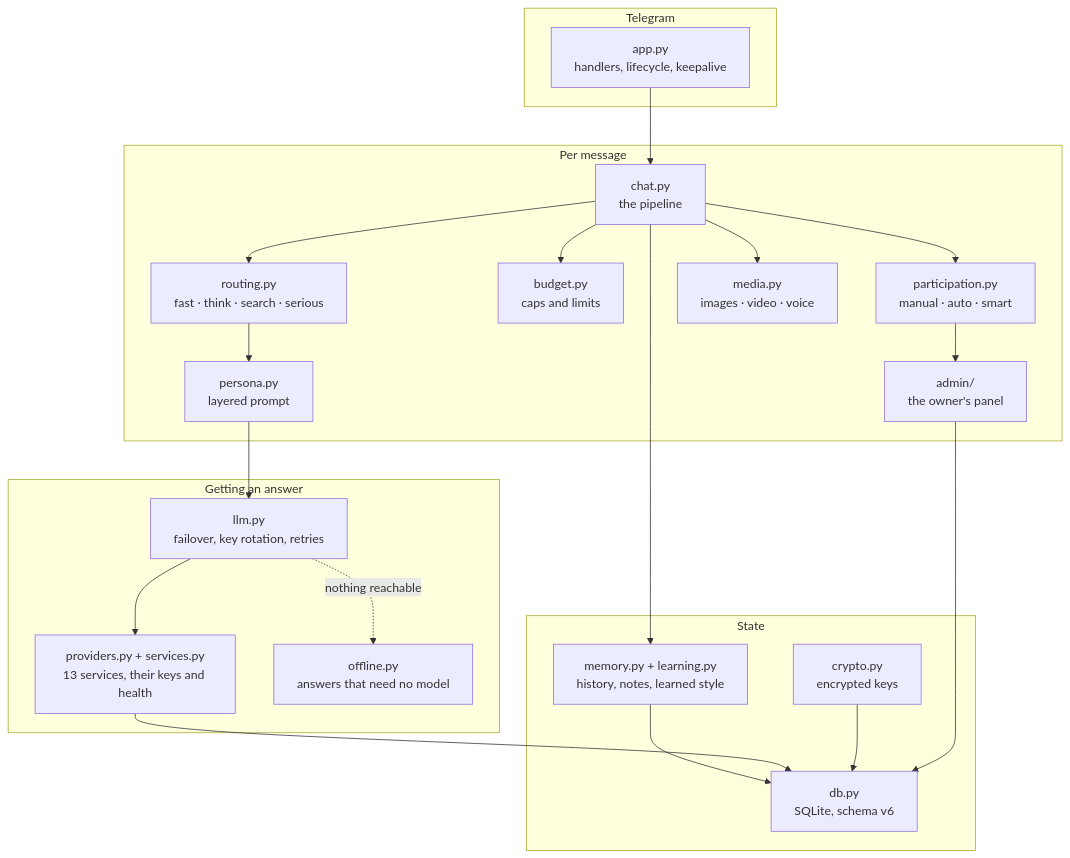
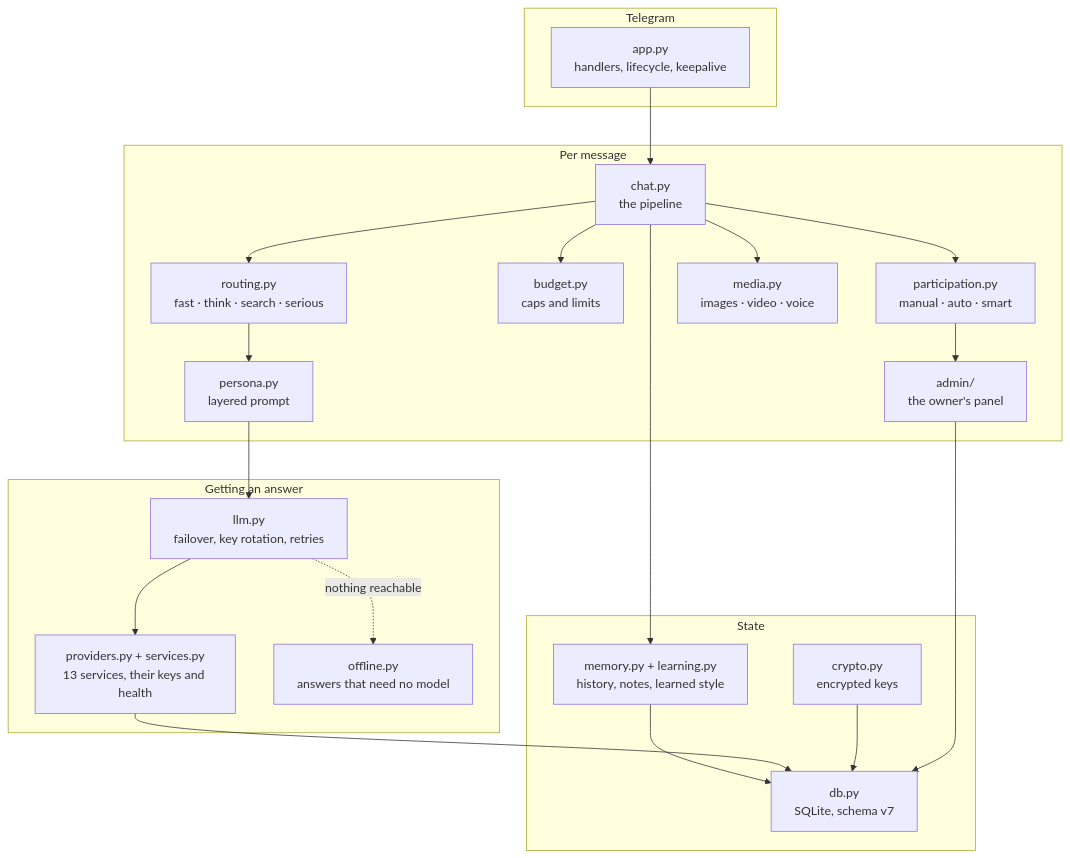
One commit to hami9/Astolfo changed the first of 2 diagrams in docs/ARCHITECTURE.md. Above: the diagram before and after it, drawn with Mermaid. The commit also changed other lines of this file and 21 other files, not shown here.

````diff
--- a/docs/ARCHITECTURE.md
+++ b/docs/ARCHITECTURE.md
@@ -7,35 +7,35 @@
 ```mermaid
 flowchart TB
     subgraph tg["Telegram"]
         A["app.py<br/>handlers, lifecycle, keepalive"]
     end
     subgraph pipe["Per message"]
         B["chat.py<br/>the pipeline"]
         C["participation.py<br/>manual · auto · smart"]
         D["budget.py<br/>caps and limits"]
         E["routing.py<br/>fast · think · search · serious"]
         N["interest.py + attention.py<br/>whether and where to join in"]
         F["persona.py<br/>layered prompt"]
         G["media.py<br/>images · video · voice"]
     end
     subgraph out["Getting an answer"]
         H["llm.py<br/>failover, key rotation, retries"]
         I["providers.py + services.py<br/>13 services, their keys and health"]
         J["offline.py<br/>answers that need no model"]
     end
     subgraph state["State"]
         K["memory.py + learning.py<br/>history, notes, learned style"]
-        L["db.py<br/>SQLite, schema v6"]
+        L["db.py<br/>SQLite, schema v7"]
         M["crypto.py<br/>encrypted keys"]
     end
     A --> B
     B --> C & D & E & G
     C --> N
     E --> F --> H
     H --> I
     H -.->|nothing reachable| J
     B --> K --> L
     I --> L
     M --> L
     N["admin/<br/>the owner's panel"] --> L
 ```
````
